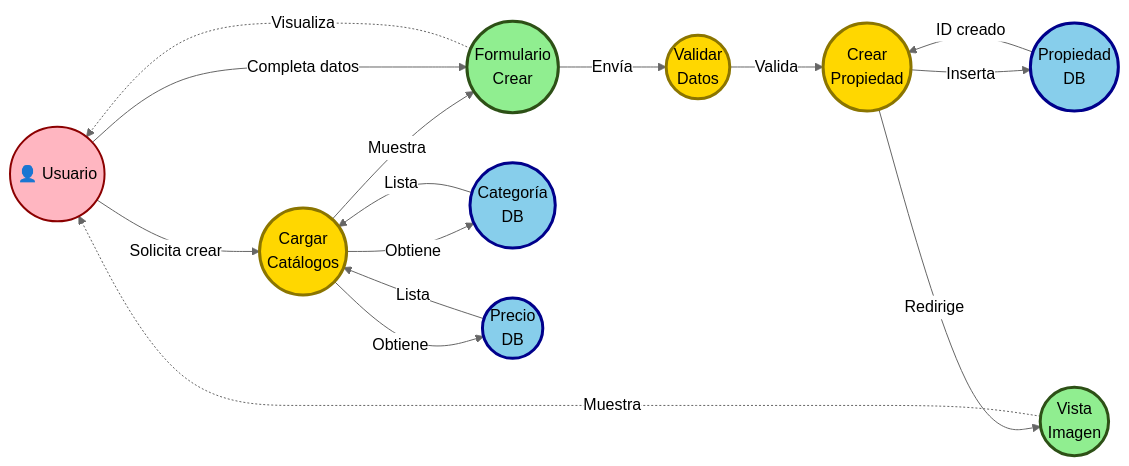
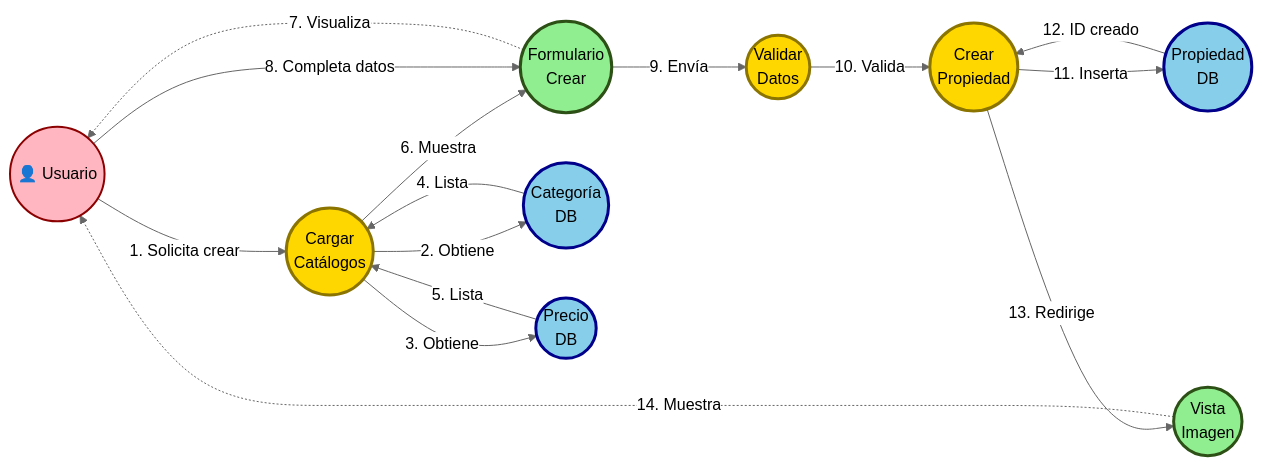
Before and after one commit to cgala/TFI_HybridParking: the third of 5 diagrams in diagrama-robustez-uml.md, drawn with Mermaid (neutral theme). The commit also changed other lines of this file, not shown here.

First line of the commit message:
Fix: Restaurar numeración secuencial en flechas de diagramas de robustez

````diff
--- a/diagrama-robustez-uml.md
+++ b/diagrama-robustez-uml.md
@@ -151,43 +151,43 @@
 ```mermaid
 graph LR
     Actor((👤 Usuario))
 
     %% BOUNDARIES
     B1((Formulario<br/>Crear))
     B2((Vista<br/>Imagen))
 
     %% CONTROLS
     C1((Cargar<br/>Catálogos))
     C2((Validar<br/>Datos))
     C3((Crear<br/>Propiedad))
 
     %% ENTITIES
     E1((Categoría<br/>DB))
     E2((Precio<br/>DB))
     E3((Propiedad<br/>DB))
 
-    Actor -->|Solicita crear| C1
-    C1 -->|Obtiene| E1
-    C1 -->|Obtiene| E2
-    E1 -->|Lista| C1
-    E2 -->|Lista| C1
-    C1 -->|Muestra| B1
-    B1 -.->|Visualiza| Actor
-    Actor -->|Completa datos| B1
-    B1 -->|Envía| C2
-    C2 -->|Valida| C3
-    C3 -->|Inserta| E3
-    E3 -->|ID creado| C3
-    C3 -->|Redirige| B2
-    B2 -.->|Muestra| Actor
+    Actor -->|1. Solicita crear| C1
+    C1 -->|2. Obtiene| E1
+    C1 -->|3. Obtiene| E2
+    E1 -->|4. Lista| C1
+    E2 -->|5. Lista| C1
+    C1 -->|6. Muestra| B1
+    B1 -.->|7. Visualiza| Actor
+    Actor -->|8. Completa datos| B1
+    B1 -->|9. Envía| C2
+    C2 -->|10. Valida| C3
+    C3 -->|11. Inserta| E3
+    E3 -->|12. ID creado| C3
+    C3 -->|13. Redirige| B2
+    B2 -.->|14. Muestra| Actor
 
     classDef boundary fill:#90EE90,stroke:#2d5016,stroke-width:3px,color:#000
     classDef control fill:#FFD700,stroke:#8B7500,stroke-width:3px,color:#000
     classDef entity fill:#87CEEB,stroke:#00008B,stroke-width:3px,color:#000
     classDef actor fill:#FFB6C1,stroke:#8B0000,stroke-width:2px,color:#000
 
     class B1,B2 boundary
     class C1,C2,C3 control
     class E1,E2,E3 entity
     class Actor actor
 ```
````
